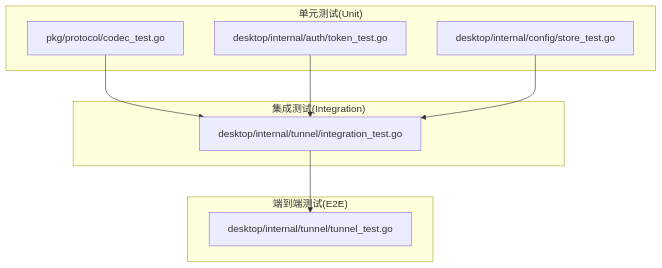
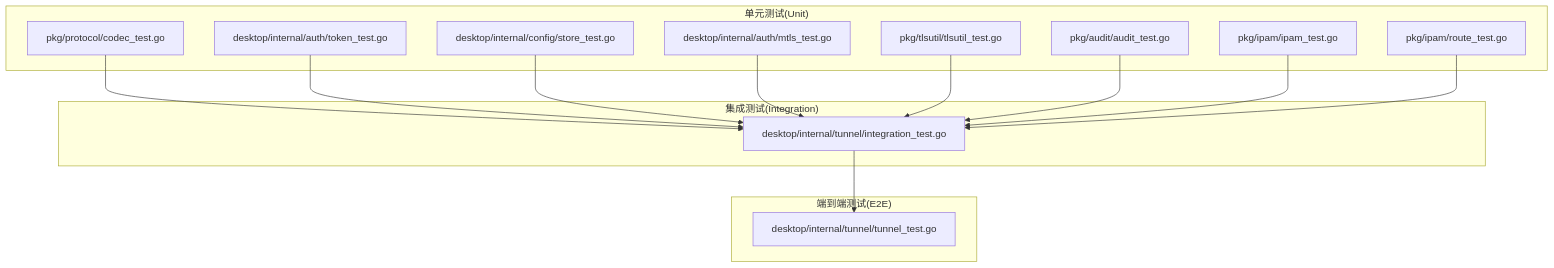
Before and after one commit to itsharex/NexTunnel: the second of 10 diagrams in .qoder/repowiki/zh/content/测试策略.md, drawn with Mermaid. The commit also changed other lines of this file and 61 other files, not shown here.

````diff
--- a/.qoder/repowiki/zh/content/测试策略.md
+++ b/.qoder/repowiki/zh/content/测试策略.md
@@ -96,18 +122,28 @@
 ```mermaid
 graph TB
 subgraph "单元测试(Unit)"
 U1["pkg/protocol/codec_test.go"]
 U2["desktop/internal/auth/token_test.go"]
 U3["desktop/internal/config/store_test.go"]
+U4["desktop/internal/auth/mtls_test.go"]
+U5["pkg/tlsutil/tlsutil_test.go"]
+U6["pkg/audit/audit_test.go"]
+U7["pkg/ipam/ipam_test.go"]
+U8["pkg/ipam/route_test.go"]
 end
 subgraph "集成测试(Integration)"
 I1["desktop/internal/tunnel/integration_test.go"]
 end
 subgraph "端到端测试(E2E)"
 E1["desktop/internal/tunnel/tunnel_test.go"]
 end
 U1 --> I1
 U2 --> I1
 U3 --> I1
+U4 --> I1
+U5 --> I1
+U6 --> I1
+U7 --> I1
+U8 --> I1
 I1 --> E1
 ```
````
